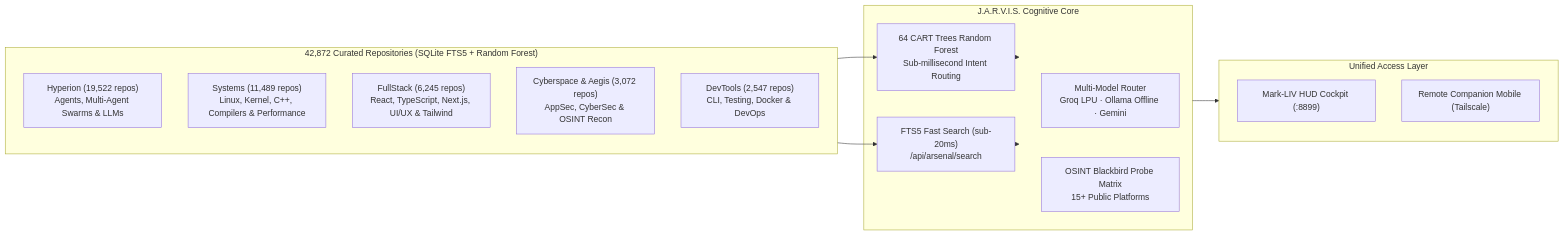
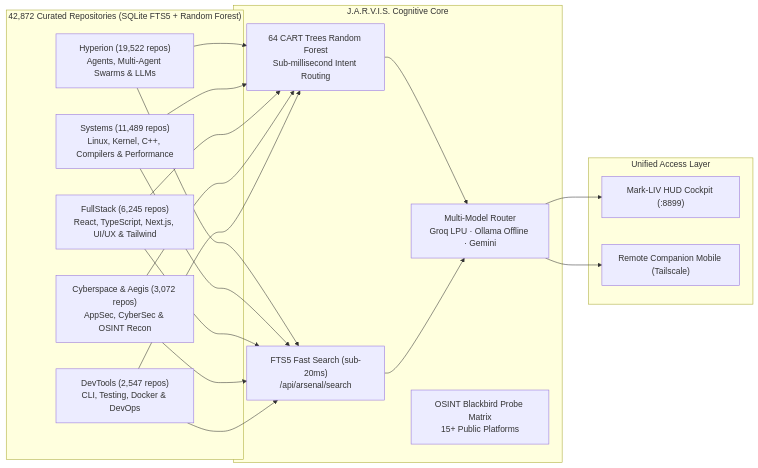
Before and after one commit to robertoatila/jarvis-skill-registry: the fourth of 4 diagrams in README.md, drawn with Mermaid. The commit also changed other lines of this file and 9 other files, not shown here.

Commit message:
feat(ui): eliminate clownish mock copy, fix mermaid syntax in readme, unify cobalt titanium branding, and deploy responsive english landing page

````diff
--- a/README.md
+++ b/README.md
@@ -247,23 +247,24 @@
 ```mermaid
 flowchart LR
     subgraph ARSENAL["42,872 Curated Repositories (SQLite FTS5 + Random Forest)"]
         H["Hyperion (19,522 repos)<br/>Agents, Multi-Agent Swarms & LLMs"]
         S["Systems (11,489 repos)<br/>Linux, Kernel, C++, Compilers & Performance"]
         F["FullStack (6,245 repos)<br/>React, TypeScript, Next.js, UI/UX & Tailwind"]
         C["Cyberspace & Aegis (3,072 repos)<br/>AppSec, CyberSec & OSINT Recon"]
         D["DevTools (2,547 repos)<br/>CLI, Testing, Docker & DevOps"]
     end
     subgraph ENGINE["J.A.R.V.I.S. Cognitive Core"]
         RF["64 CART Trees Random Forest<br/>Sub-millisecond Intent Routing"]
         FTS["FTS5 Fast Search (sub-20ms)<br/>/api/arsenal/search"]
         ROUTER["Multi-Model Router<br/>Groq LPU · Ollama Offline · Gemini"]
         OSINT["OSINT Blackbird Probe Matrix<br/>15+ Public Platforms"]
     end
     subgraph ACCESS["Unified Access Layer"]
         HUD["Mark-LIV HUD Cockpit (:8899)"]
         REMOTE["Remote Companion Mobile (Tailscale)"]
     end
 
-    ARSENAL --> RF --> ENGINE --> ACCESS
-    ARSENAL --> FTS --> ENGINE
+    H & S & F & C & D --> RF & FTS
+    RF & FTS --> ROUTER
+    ROUTER --> HUD & REMOTE
 ```
````
